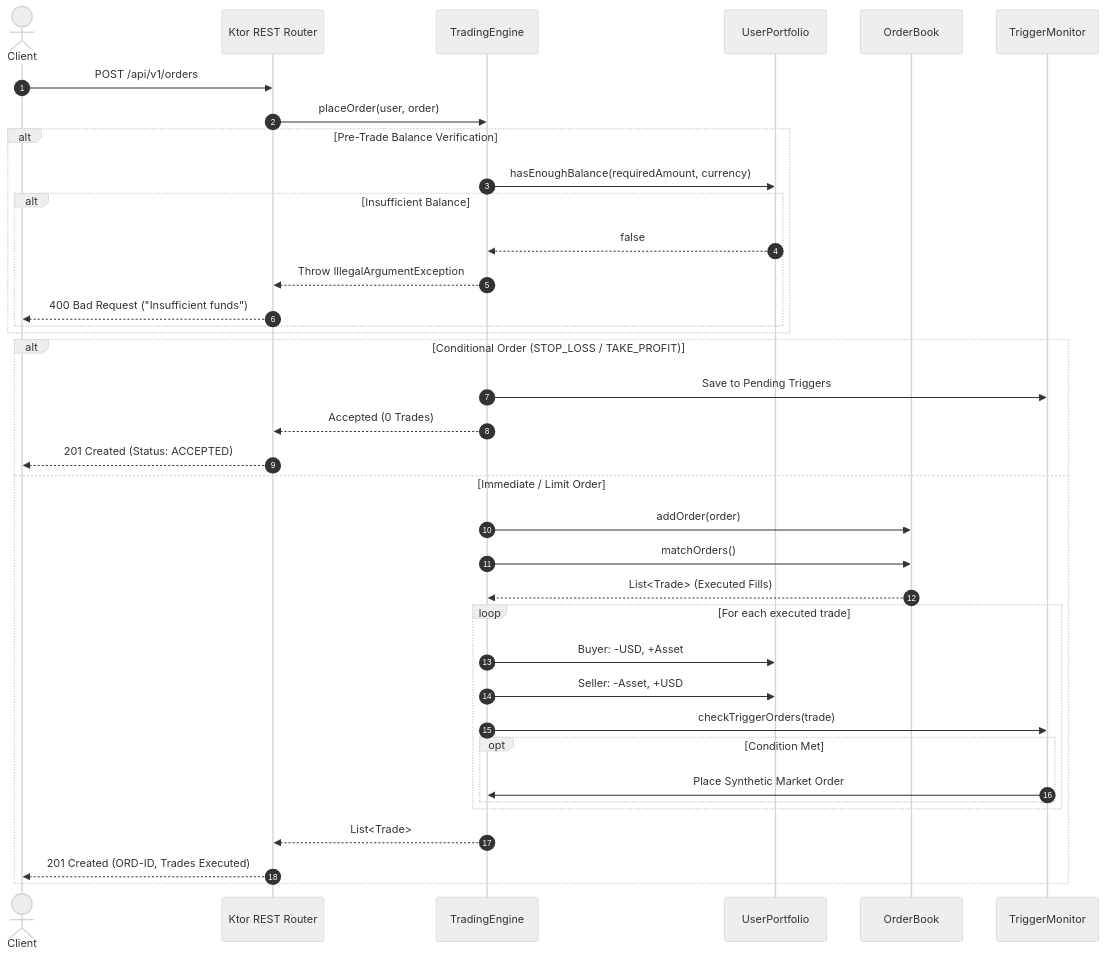
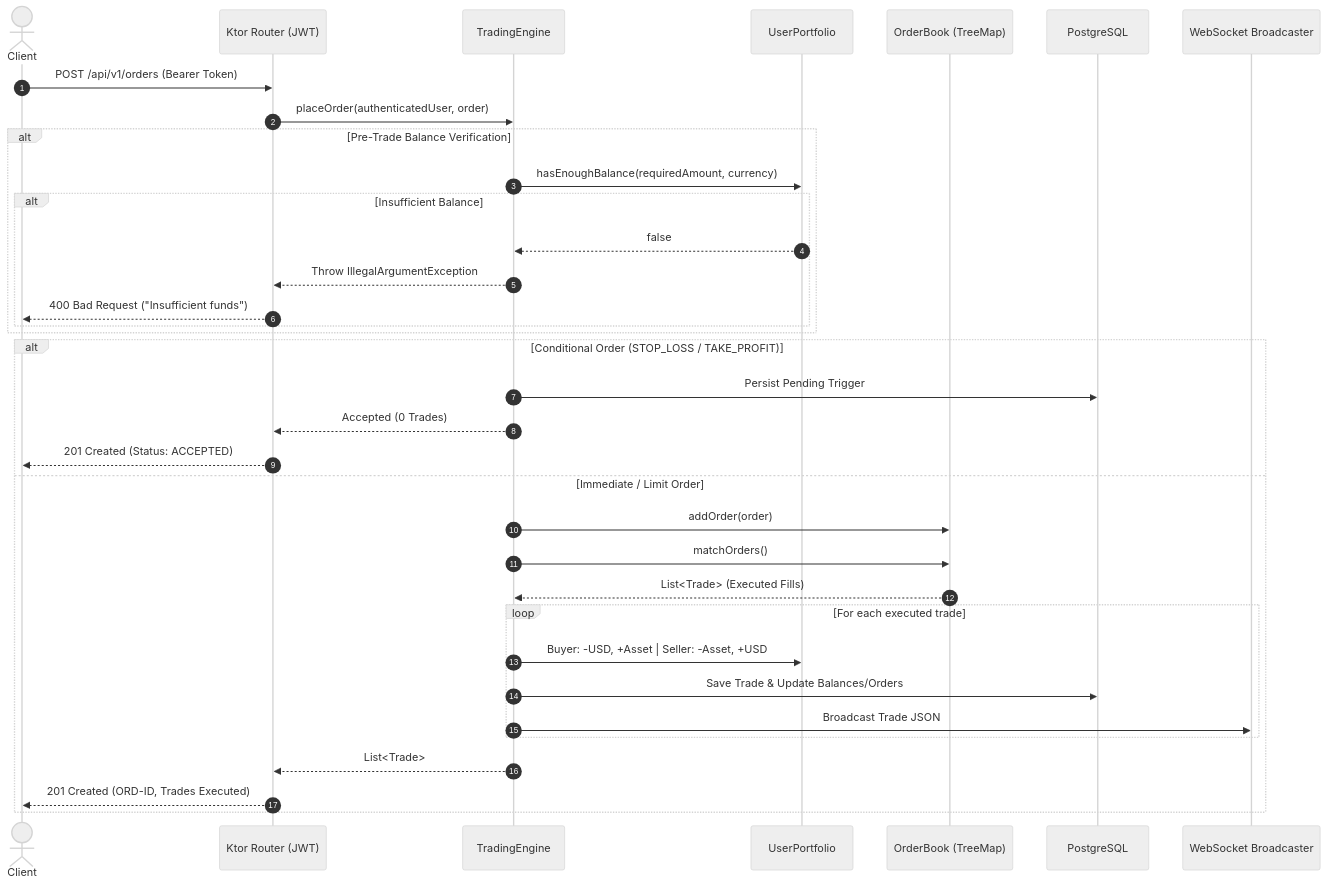
The second of 2 diagrams in README.md (botacz/TradingEngine), drawn with Mermaid (neutral theme) before and after one commit. The commit also changed other lines of this file and 13 other files, not shown here.

First line of the commit message:
feat(engine,api,security): add WebSockets, JWT auth, rate limiting, validation and TreeMap order book

````diff
--- a/README.md
+++ b/README.md
@@ -95,44 +99,42 @@
 ```mermaid
 sequenceDiagram
     autonumber
     actor Client
-    participant Router as Ktor REST Router
+    participant Router as Ktor Router (JWT)
     participant Engine as TradingEngine
     participant Ledger as UserPortfolio
-    participant Book as OrderBook
-    participant Triggers as TriggerMonitor
+    participant Book as OrderBook (TreeMap)
+    participant DB as PostgreSQL
+    participant WS as WebSocket Broadcaster
 
-    Client->>Router: POST /api/v1/orders
-    Router->>Engine: placeOrder(user, order)
+    Client->>Router: POST /api/v1/orders (Bearer Token)
+    Router->>Engine: placeOrder(authenticatedUser, order)
     
     alt Pre-Trade Balance Verification
         Engine->>Ledger: hasEnoughBalance(requiredAmount, currency)
         alt Insufficient Balance
             Ledger-->>Engine: false
             Engine-->>Router: Throw IllegalArgumentException
             Router-->>Client: 400 Bad Request ("Insufficient funds")
         end
     end
 
     alt Conditional Order (STOP_LOSS / TAKE_PROFIT)
-        Engine->>Triggers: Save to Pending Triggers
+        Engine->>DB: Persist Pending Trigger
         Engine-->>Router: Accepted (0 Trades)
         Router-->>Client: 201 Created (Status: ACCEPTED)
     else Immediate / Limit Order
         Engine->>Book: addOrder(order)
         Engine->>Book: matchOrders()
         Book-->>Engine: List<Trade> (Executed Fills)
         
         loop For each executed trade
-            Engine->>Ledger: Buyer: -USD, +Asset
-            Engine->>Ledger: Seller: -Asset, +USD
-            Engine->>Triggers: checkTriggerOrders(trade)
-            opt Condition Met
-                Triggers->>Engine: Place Synthetic Market Order
-            end
+            Engine->>Ledger: Buyer: -USD, +Asset | Seller: -Asset, +USD
+            Engine->>DB: Save Trade & Update Balances/Orders
+            Engine->>WS: Broadcast Trade JSON
         end
         
         Engine-->>Router: List<Trade>
         Router-->>Client: 201 Created (ORD-ID, Trades Executed)
     end
 ```
````
